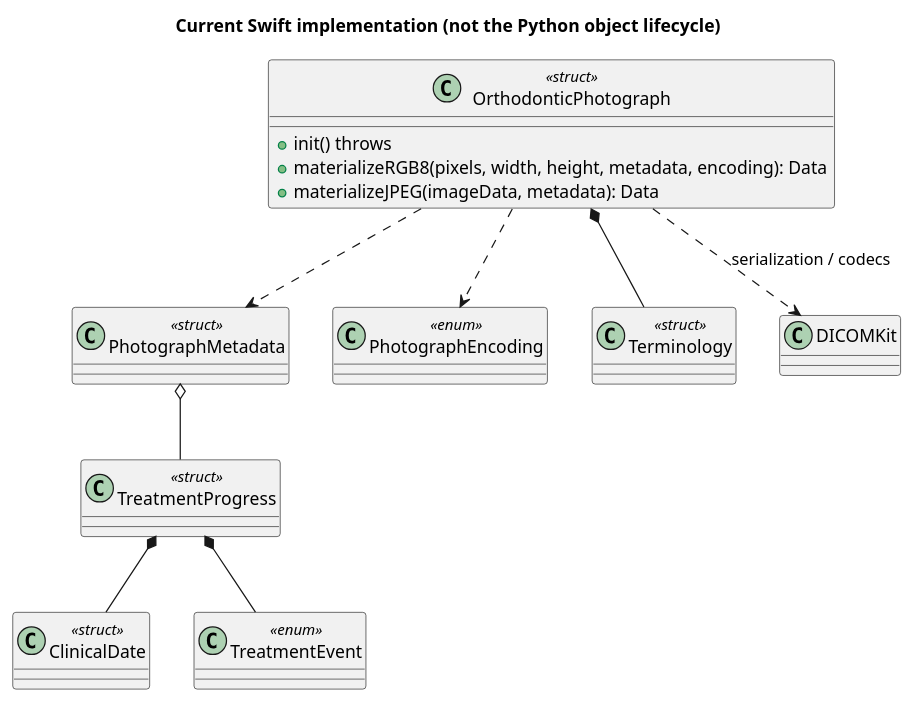
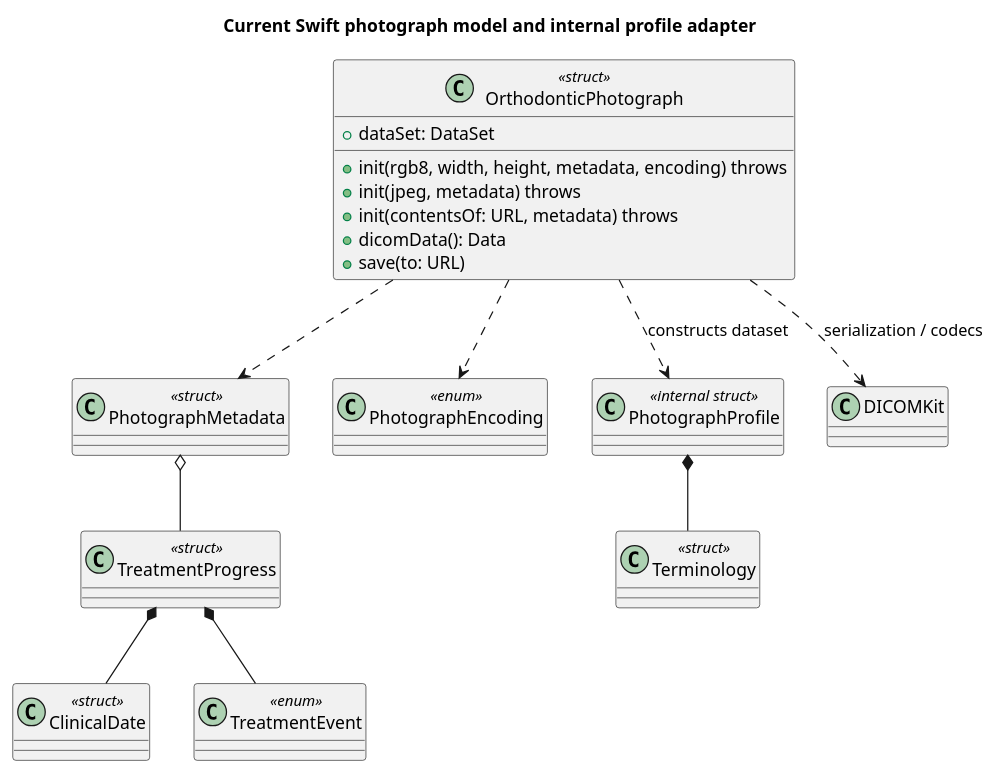
The diagram in apple/Documentation/ClassDiagram.puml (zgypa-agent/dicom4ortho), drawn with PlantUML before and after one commit. The commit also changed 13 other files, not shown here.

Commit message:
refactor: align Swift photograph construction and save lifecycle (#82)

```diff
--- a/apple/Documentation/ClassDiagram.puml
+++ b/apple/Documentation/ClassDiagram.puml
@@ -1,21 +1,26 @@
 @startuml
-title Current Swift implementation (not the Python object lifecycle)
+title Current Swift photograph model and internal profile adapter
 class OrthodonticPhotograph <<struct>> {
-    +init() throws
-    +materializeRGB8(pixels, width, height, metadata, encoding): Data
-    +materializeJPEG(imageData, metadata): Data
+    +init(rgb8, width, height, metadata, encoding) throws
+    +init(jpeg, metadata) throws
+    +init(contentsOf: URL, metadata) throws
+    +dataSet: DataSet
+    +dicomData(): Data
+    +save(to: URL)
 }
 class PhotographMetadata <<struct>>
 class PhotographEncoding <<enum>>
 class Terminology <<struct>>
 class ClinicalDate <<struct>>
 class TreatmentEvent <<enum>>
 class TreatmentProgress <<struct>>
-OrthodonticPhotograph *-- Terminology
+class PhotographProfile <<internal struct>>
+OrthodonticPhotograph ..> PhotographProfile : constructs dataset
+PhotographProfile *-- Terminology
 OrthodonticPhotograph ..> PhotographMetadata
 OrthodonticPhotograph ..> PhotographEncoding
 OrthodonticPhotograph ..> DICOMKit : serialization / codecs
 PhotographMetadata o-- TreatmentProgress
 TreatmentProgress *-- ClinicalDate
 TreatmentProgress *-- TreatmentEvent
 @enduml
```
